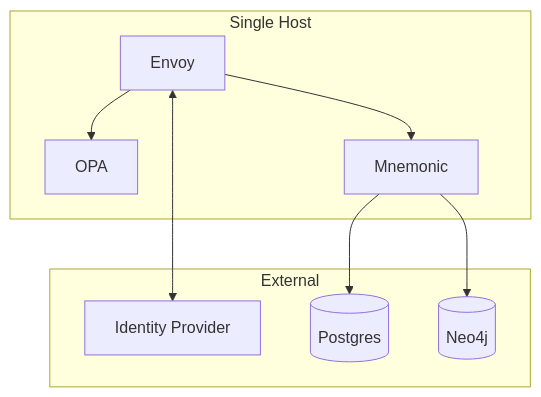
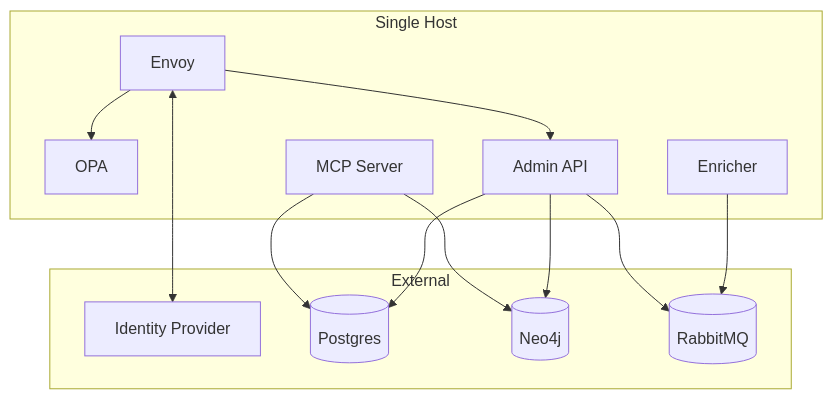
The eighth of 10 diagrams in docs/architecture/system/01-security-architecture.md (twistingmercury/mnemonic-docs), drawn with Mermaid before and after one commit. The commit also changed other lines of this file and 1 other file, not shown here.

Commit message:
docs: fix observability and security architecture for three-service topology

````diff
--- a/docs/architecture/system/01-security-architecture.md
+++ b/docs/architecture/system/01-security-architecture.md
@@ -443,20 +448,27 @@
 ```mermaid
 graph TB
     subgraph "Single Host"
         ENV[Envoy]
         OPA[OPA]
-        MN[Mnemonic]
+        MCP[MCP Server]
+        API[Admin API]
+        ENR[Enricher]
     end
 
     subgraph "External"
         IDP[Identity Provider]
         PG[(Postgres)]
         NEO[(Neo4j)]
+        RMQ[(RabbitMQ)]
     end
 
     ENV --> OPA
-    ENV --> MN
-    MN --> PG
-    MN --> NEO
+    ENV --> API
+    MCP --> PG
+    MCP --> NEO
+    API --> PG
+    API --> NEO
+    API --> RMQ
+    ENR --> RMQ
     ENV <--> IDP
 ```
````
